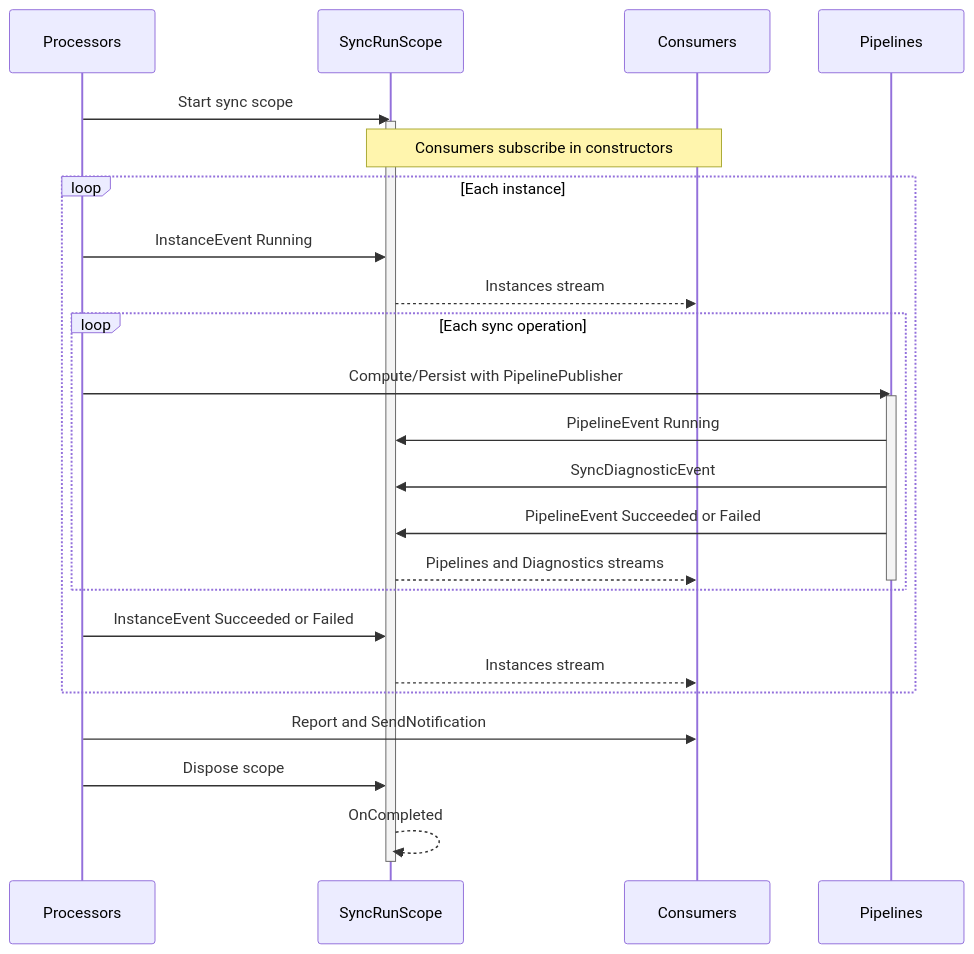
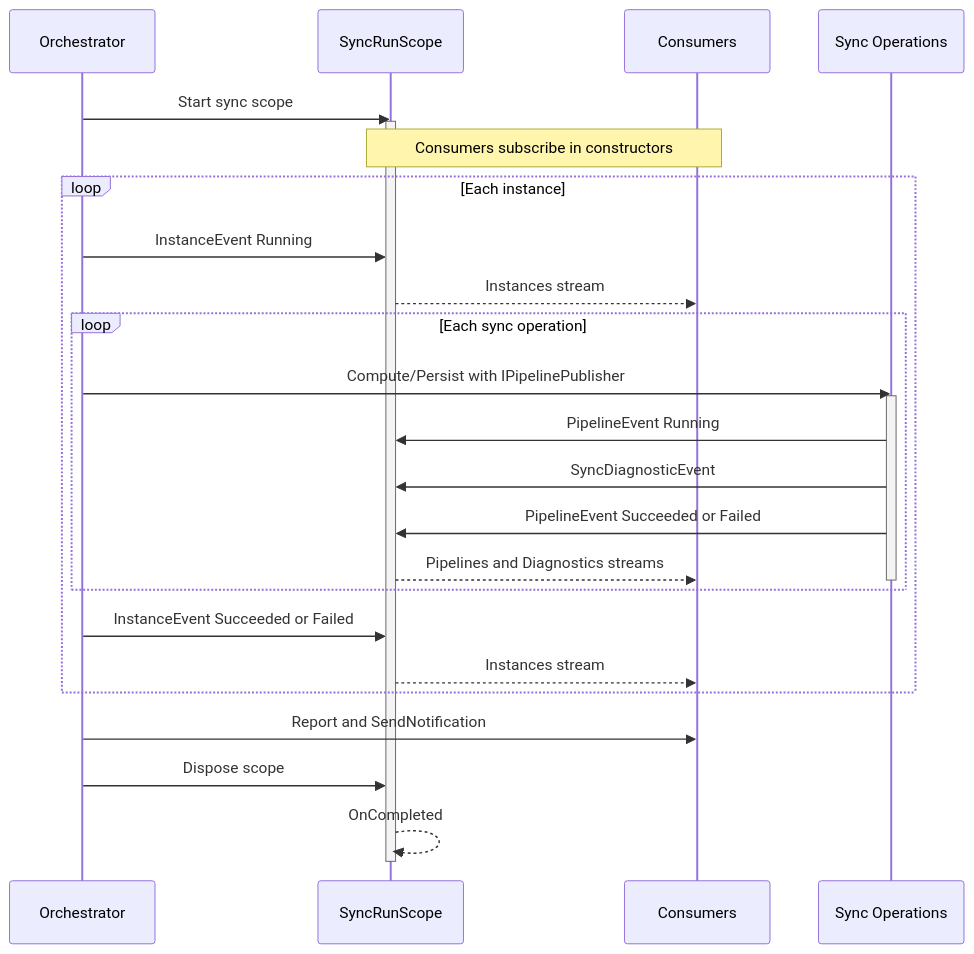
One commit to recyclarr/recyclarr changed the diagram in docs/architecture/sync-event-system.md. Above: the diagram before and after it, drawn with Mermaid. The commit also changed other lines of this file and 3 other files, not shown here.

First line of the commit message:
docs: decouple architecture docs from concrete class names

````diff
--- a/docs/architecture/sync-event-system.md
+++ b/docs/architecture/sync-event-system.md
@@ -197,34 +167,34 @@
 ```mermaid
 sequenceDiagram
-    participant Proc as Processors
+    participant Orch as Orchestrator
     participant Hub as SyncRunScope
     participant Con as Consumers
-    participant Pipe as Pipelines
+    participant Op as Sync Operations
 
-    Proc->>Hub: Start sync scope
+    Orch->>Hub: Start sync scope
     activate Hub
     Note over Hub,Con: Consumers subscribe in constructors
 
     loop Each instance
-        Proc->>Hub: InstanceEvent Running
+        Orch->>Hub: InstanceEvent Running
         Hub-->>Con: Instances stream
 
         loop Each sync operation
-            Proc->>Pipe: Compute/Persist with PipelinePublisher
-            activate Pipe
-            Pipe->>Hub: PipelineEvent Running
-            Pipe->>Hub: SyncDiagnosticEvent
-            Pipe->>Hub: PipelineEvent Succeeded or Failed
+            Orch->>Op: Compute/Persist with IPipelinePublisher
+            activate Op
+            Op->>Hub: PipelineEvent Running
+            Op->>Hub: SyncDiagnosticEvent
+            Op->>Hub: PipelineEvent Succeeded or Failed
             Hub-->>Con: Pipelines and Diagnostics streams
-            deactivate Pipe
+            deactivate Op
         end
 
-        Proc->>Hub: InstanceEvent Succeeded or Failed
+        Orch->>Hub: InstanceEvent Succeeded or Failed
         Hub-->>Con: Instances stream
     end
 
-    Proc->>Con: Report and SendNotification
-    Proc->>Hub: Dispose scope
+    Orch->>Con: Report and SendNotification
+    Orch->>Hub: Dispose scope
     Hub-->>Hub: OnCompleted
     deactivate Hub
 ```
````
